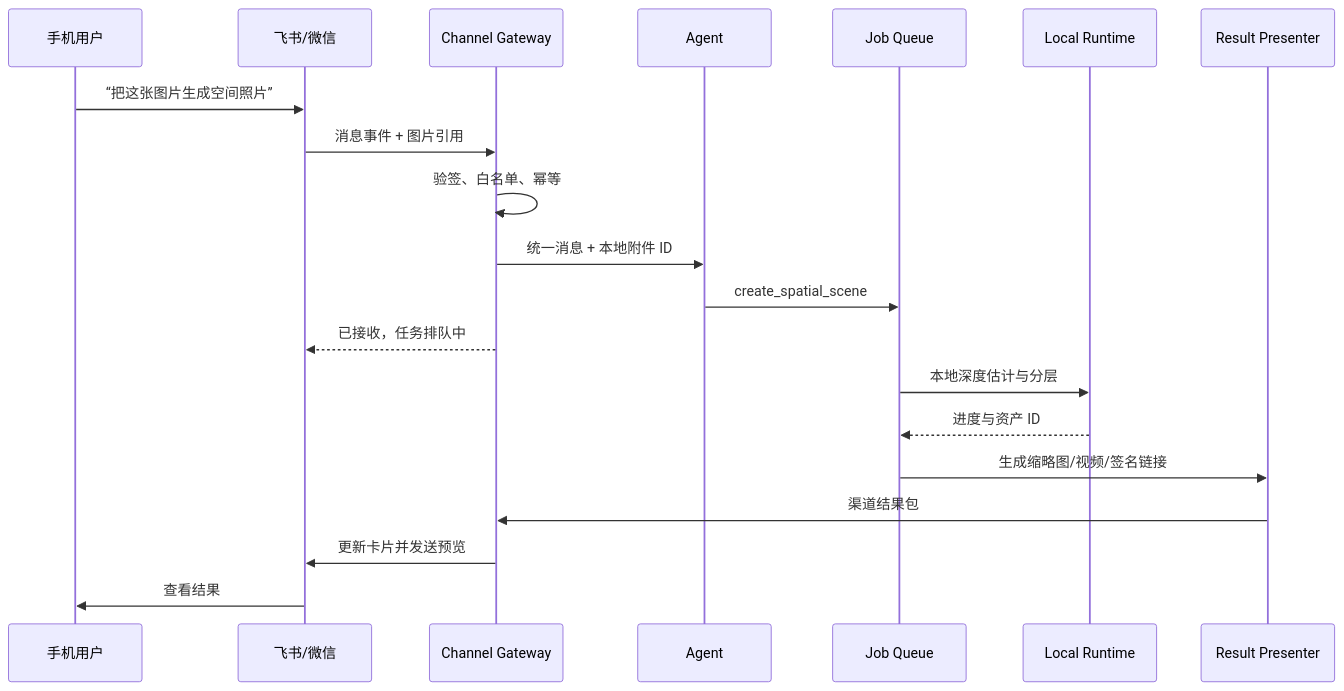
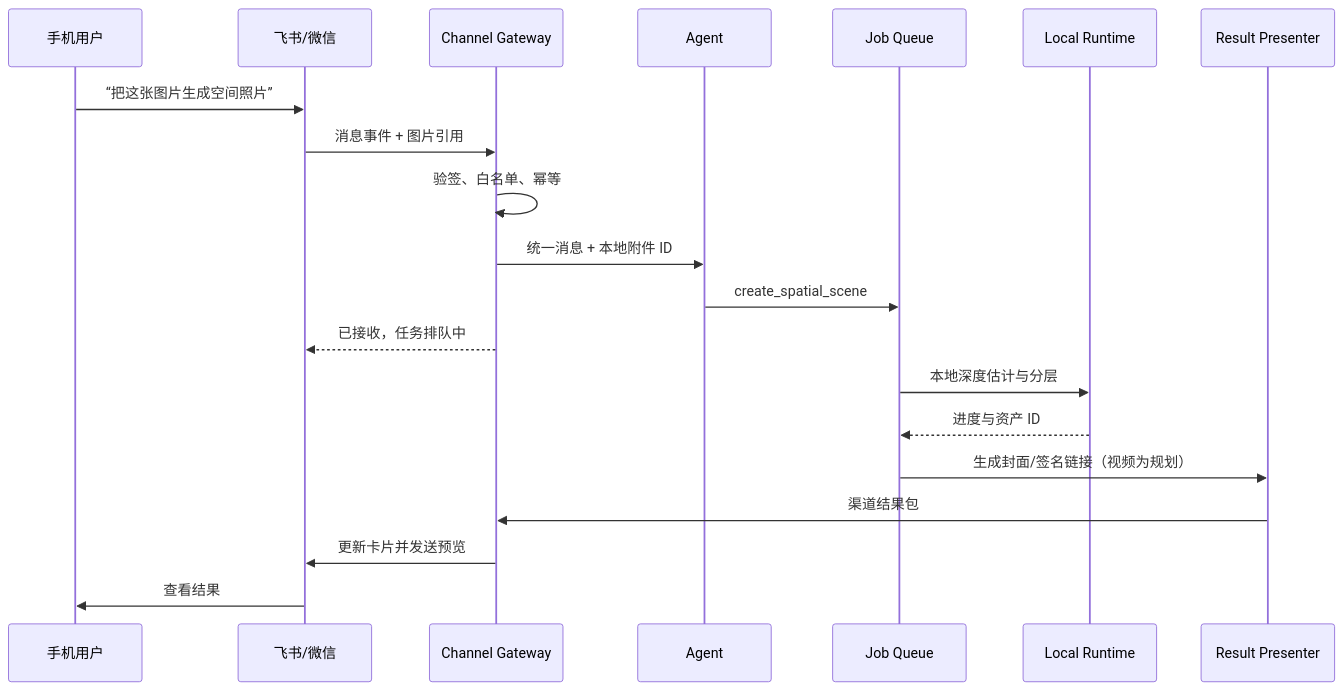
The second of 2 diagrams in docs/architecture/system-architecture.md (CarrieX6/Personal-digital-assistant---A-Web-Agent), drawn with Mermaid before and after one commit. The commit also changed other lines of this file and 20 other files, not shown here.

````diff
--- a/docs/architecture/system-architecture.md
+++ b/docs/architecture/system-architecture.md
@@ -194,23 +219,23 @@
 ```mermaid
 sequenceDiagram
     participant U as 手机用户
     participant C as 飞书/微信
     participant G as Channel Gateway
     participant A as Agent
     participant Q as Job Queue
     participant R as Local Runtime
     participant P as Result Presenter
 
     U->>C: “把这张图片生成空间照片”
     C->>G: 消息事件 + 图片引用
     G->>G: 验签、白名单、幂等
     G->>A: 统一消息 + 本地附件 ID
     A->>Q: create_spatial_scene
     G-->>C: 已接收，任务排队中
     Q->>R: 本地深度估计与分层
     R-->>Q: 进度与资产 ID
-    Q->>P: 生成缩略图/视频/签名链接
+    Q->>P: 生成封面/签名链接（视频为规划）
     P->>G: 渠道结果包
     G->>C: 更新卡片并发送预览
     C->>U: 查看结果
 ```
````
